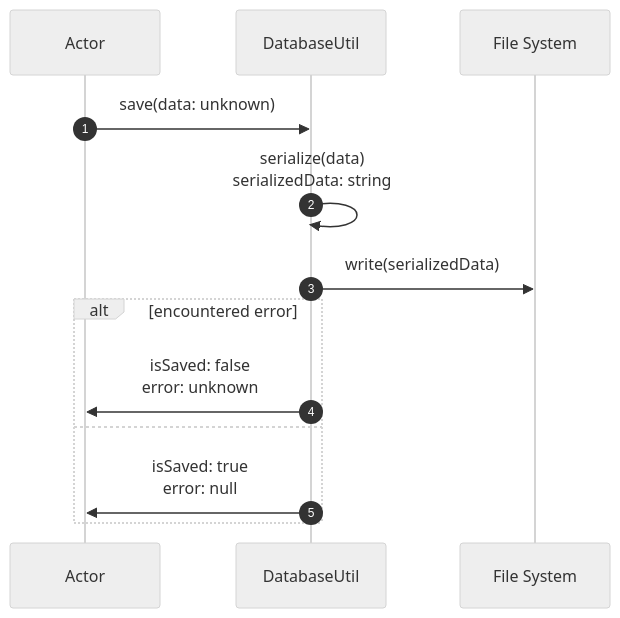
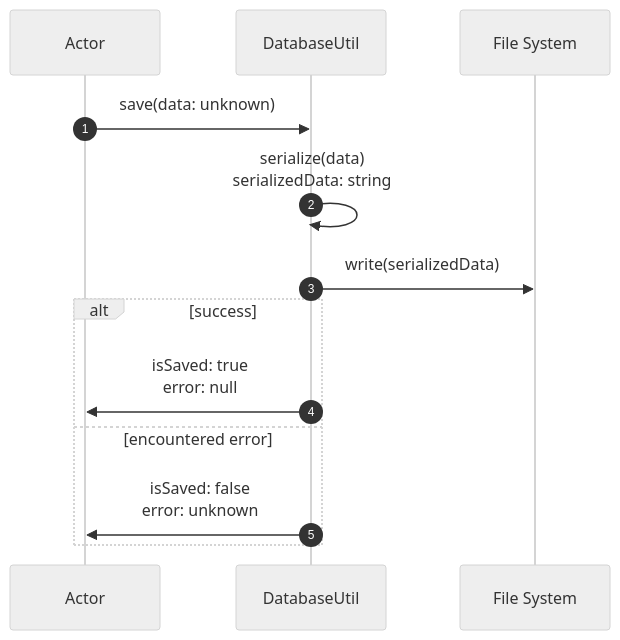
The fourth of 4 diagrams in docs/architecture/databaseUtil.md (normal-devs/klicker-knight), drawn with Mermaid (neutral theme) before and after one commit. The commit also changed other lines of this file and 1 other file, not shown here.

Commit message:
Swap mermaid alt and else to have expected situation on top

````diff
--- a/docs/architecture/databaseUtil.md
+++ b/docs/architecture/databaseUtil.md
@@ -68,17 +68,17 @@
 ```mermaid
 sequenceDiagram
   autonumber
   participant A as Actor
   participant D as DatabaseUtil
   participant F as File System
 
   A ->> D: save(data: unknown)
   D ->> D: serialize(data) <br> serializedData: string
   D ->> F: write(serializedData)
 
-  alt encountered error
+  alt success
+    D ->> A: isSaved: true <br> error: null
+  else encountered error
     D ->> A: isSaved: false <br> error: unknown
-  else
-    D ->> A: isSaved: true <br> error: null
   end
 ```
````
